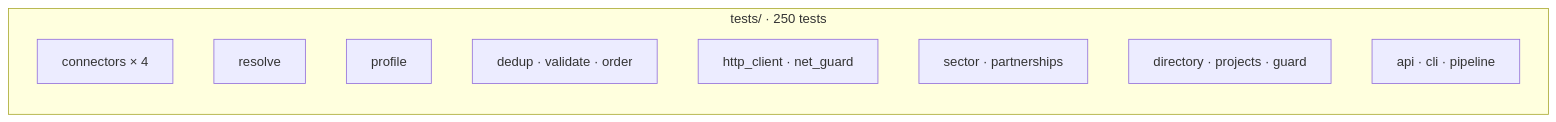
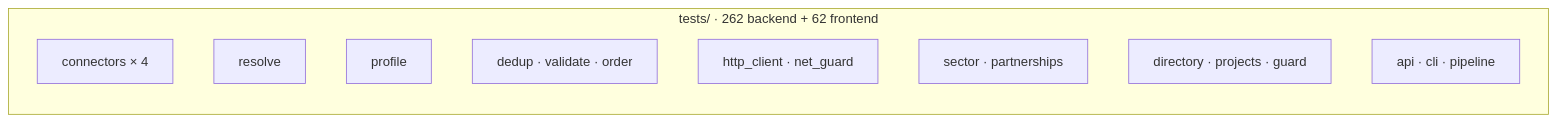
The tenth of 11 diagrams in README.md (AidanColvin/dossier), drawn with Mermaid before and after one commit. The commit also changed other lines of this file and 29 other files, not shown here.

````diff
--- a/README.md
+++ b/README.md
@@ -365,13 +395,13 @@
 ```mermaid
 flowchart LR
-    subgraph T["tests/ · 250 tests"]
+    subgraph T["tests/ · 262 backend + 62 frontend"]
         C["connectors × 4"]
         R["resolve"]
         P["profile"]
         D["dedup · validate · order"]
         H["http_client · net_guard"]
         S["sector · partnerships"]
         DIR["directory · projects · guard"]
         A["api · cli · pipeline"]
     end
 ```
````
